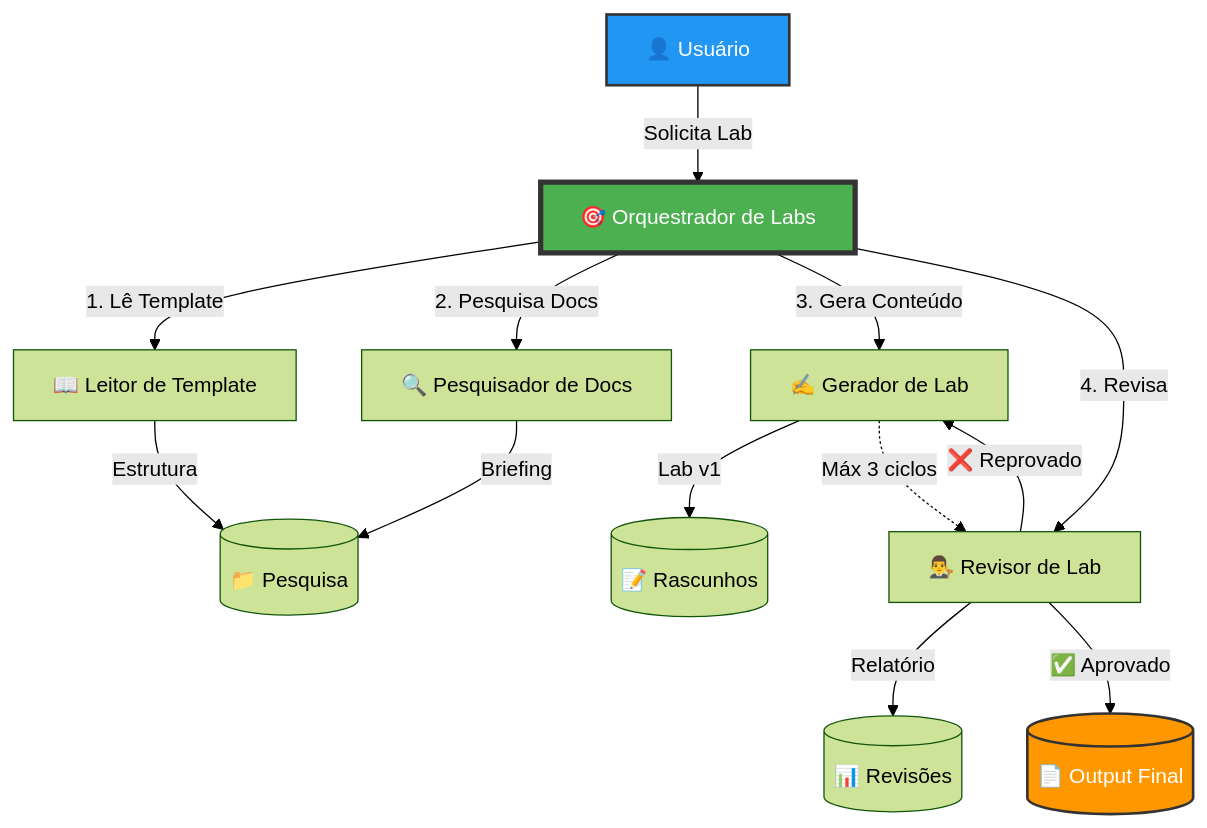
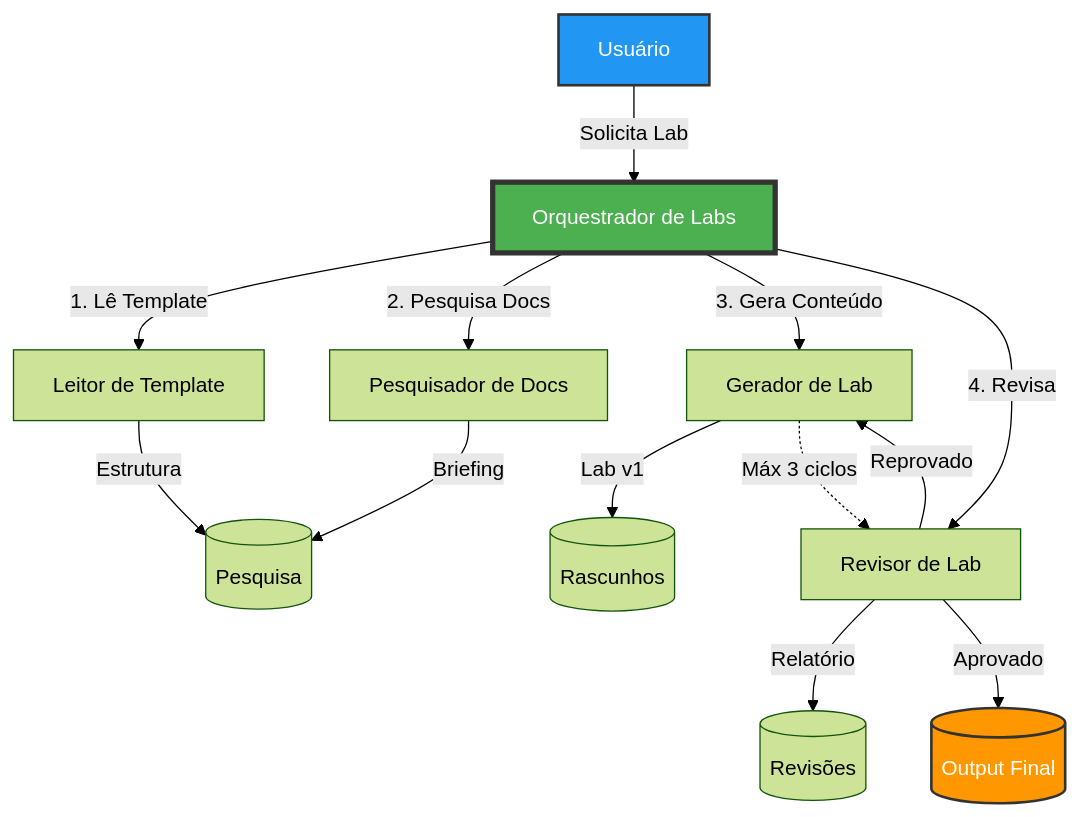
Before and after one commit to iesodias/gerador-conteudo: the diagram in README.md, drawn with Mermaid (forest theme). The commit also changed other lines of this file, not shown here.

````diff
--- a/README.md
+++ b/README.md
@@ -41,22 +41,22 @@
 ```mermaid
 graph TD
-    User[👤 Usuário] -->|Solicita Lab| Orch[🎯 Orquestrador de Labs]
-    Orch -->|1. Lê Template| Reader[📖 Leitor de Template]
-    Orch -->|2. Pesquisa Docs| Researcher[🔍 Pesquisador de Docs]
-    Orch -->|3. Gera Conteúdo| Generator[✍️ Gerador de Lab]
-    Orch -->|4. Revisa| Reviewer[👨‍⚖️ Revisor de Lab]
+    User[Usuário] -->|Solicita Lab| Orch[Orquestrador de Labs]
+    Orch -->|1. Lê Template| Reader[Leitor de Template]
+    Orch -->|2. Pesquisa Docs| Researcher[Pesquisador de Docs]
+    Orch -->|3. Gera Conteúdo| Generator[Gerador de Lab]
+    Orch -->|4. Revisa| Reviewer[Revisor de Lab]
     
-    Reader -->|Estrutura| Research[(📁 Pesquisa)]
+    Reader -->|Estrutura| Research[(Pesquisa)]
     Researcher -->|Briefing| Research
-    Generator -->|Lab v1| Drafts[(📝 Rascunhos)]
-    Reviewer -->|Relatório| Reviews[(📊 Revisões)]
+    Generator -->|Lab v1| Drafts[(Rascunhos)]
+    Reviewer -->|Relatório| Reviews[(Revisões)]
     
-    Reviewer -->|❌ Reprovado| Generator
-    Reviewer -->|✅ Aprovado| Output[(📄 Output Final)]
+    Reviewer -->|Reprovado| Generator
+    Reviewer -->|Aprovado| Output[(Output Final)]
     
     Generator -.->|Máx 3 ciclos| Reviewer
     
     style Orch fill:#4CAF50,stroke:#333,stroke-width:4px,color:#fff
     style User fill:#2196F3,stroke:#333,stroke-width:2px,color:#fff
     style Output fill:#FF9800,stroke:#333,stroke-width:2px,color:#fff
 ```
````
